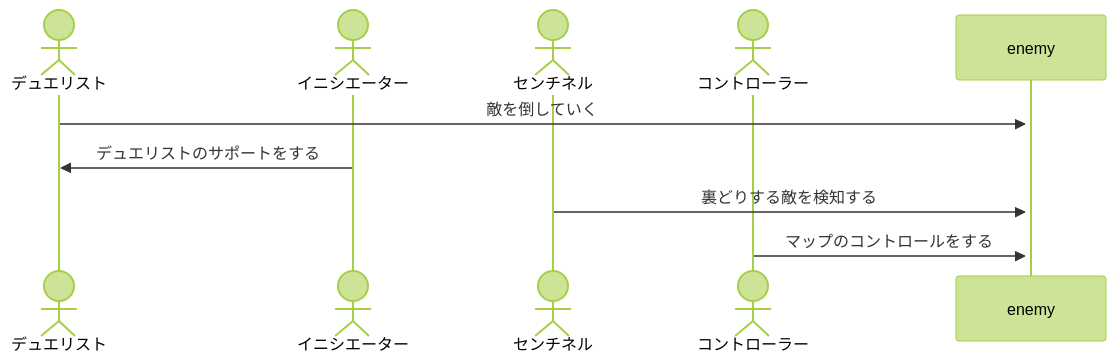
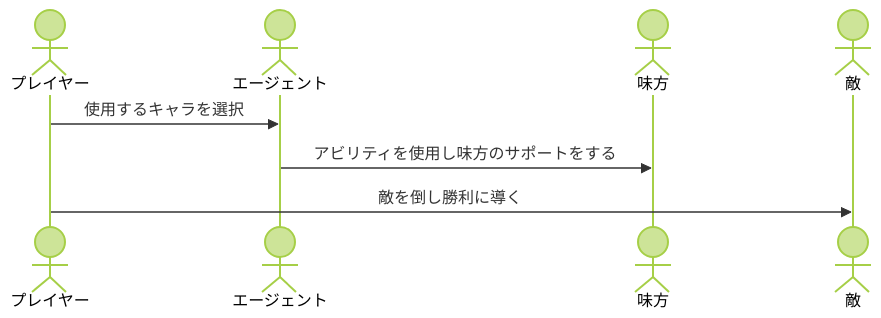
Before and after one commit to tpu-game-2022/mermaid_test: the second of 3 diagrams in README.md, drawn with Mermaid (forest theme).

Commit message:
シーケンス図を変更した

````diff
--- a/README.md
+++ b/README.md
@@ -49,12 +49,10 @@
 ```mermaid
 sequenceDiagram
-  actor デュエリスト
-  actor イニシエーター
-  actor センチネル
-  actor コントローラー
-  participant enemy
-  デュエリスト->>+enemy:敵を倒していく
-  イニシエーター->>デュエリスト:デュエリストのサポートをする
-  センチネル->>+enemy:裏どりする敵を検知する
-  コントローラー->>+enemy:マップのコントロールをする
+  actor プレイヤー
+  actor エージェント
+  actor 味方
+  actor 敵
+  プレイヤー->>エージェント:使用するキャラを選択
+  エージェント->>味方:アビリティを使用し味方のサポートをする
+  プレイヤー->>敵:敵を倒し勝利に導く
 ```
````
